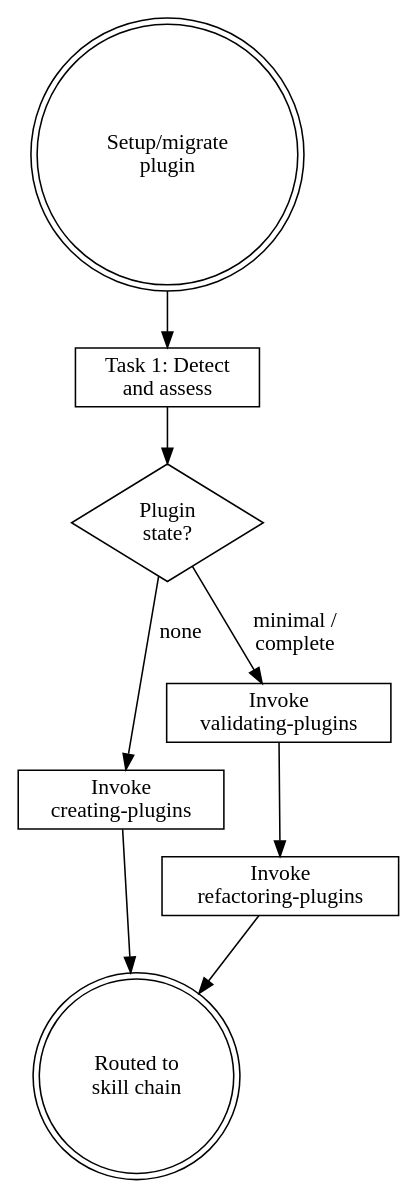
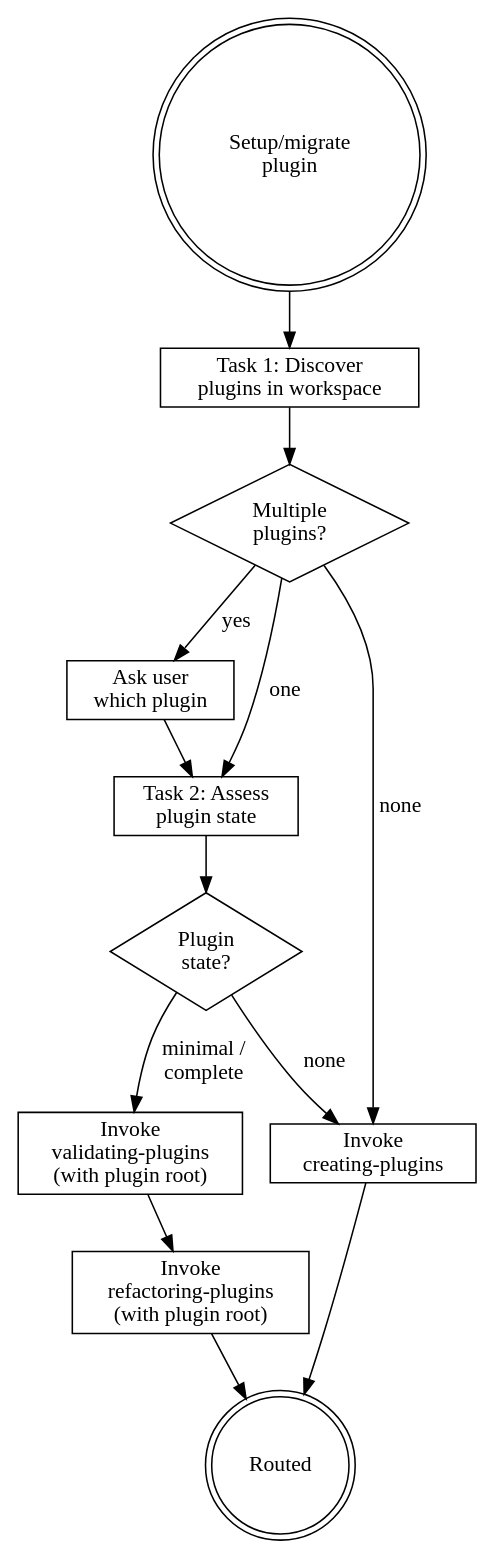
The diagram in plugins/rcc/skills/migrating-plugins/SKILL.md (wayne930242/Reflexive-Claude-Code), drawn with Graphviz before and after one commit. The commit also changed other lines of this file, not shown here.

First line of the commit message:
fix(rcc): migrating-plugins — add plugin discovery, selection, path resolution

````diff
--- a/plugins/rcc/skills/migrating-plugins/SKILL.md
+++ b/plugins/rcc/skills/migrating-plugins/SKILL.md
@@ -145,21 +180,29 @@
 ```dot
 digraph migrate_plugin {
     rankdir=TB;
 
     start [label="Setup/migrate\nplugin", shape=doublecircle];
-    detect [label="Task 1: Detect\nand assess", shape=box];
+    discover [label="Task 1: Discover\nplugins in workspace", shape=box];
+    multiple [label="Multiple\nplugins?", shape=diamond];
+    ask [label="Ask user\nwhich plugin", shape=box];
+    assess [label="Task 2: Assess\nplugin state", shape=box];
     maturity [label="Plugin\nstate?", shape=diamond];
     create [label="Invoke\ncreating-plugins", shape=box];
-    validate [label="Invoke\nvalidating-plugins", shape=box];
-    refactor [label="Invoke\nrefactoring-plugins", shape=box];
-    done [label="Routed to\nskill chain", shape=doublecircle];
+    validate [label="Invoke\nvalidating-plugins\n(with plugin root)", shape=box];
+    refactor [label="Invoke\nrefactoring-plugins\n(with plugin root)", shape=box];
+    done [label="Routed", shape=doublecircle];
 
-    start -> detect;
-    detect -> maturity;
+    start -> discover;
+    discover -> multiple;
+    multiple -> ask [label="yes"];
+    multiple -> assess [label="one"];
+    multiple -> create [label="none"];
+    ask -> assess;
+    assess -> maturity;
     maturity -> create [label="none"];
     maturity -> validate [label="minimal /\ncomplete"];
     create -> done;
     validate -> refactor;
     refactor -> done;
 }
 ```
````
